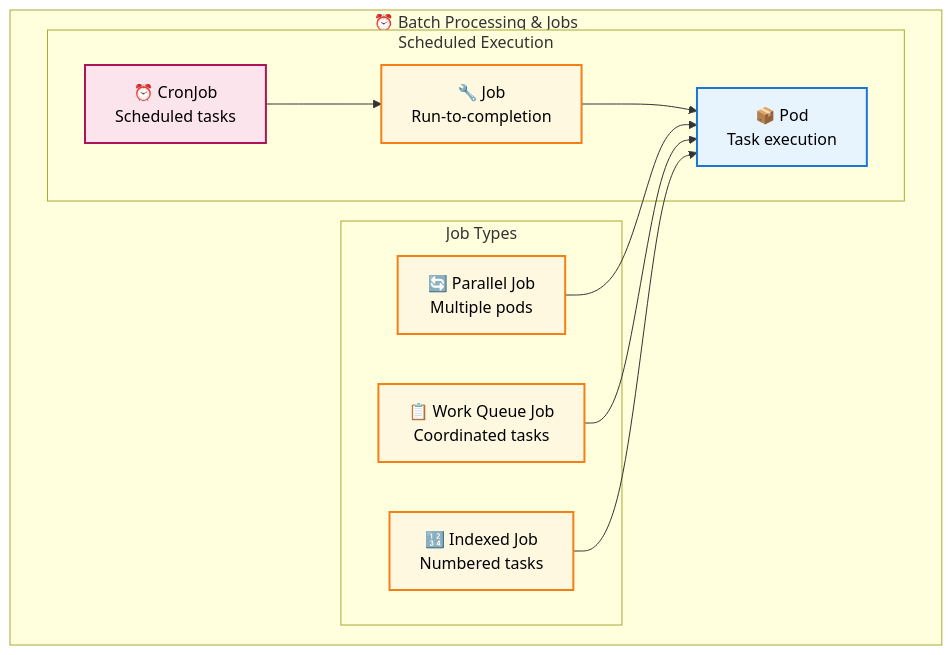
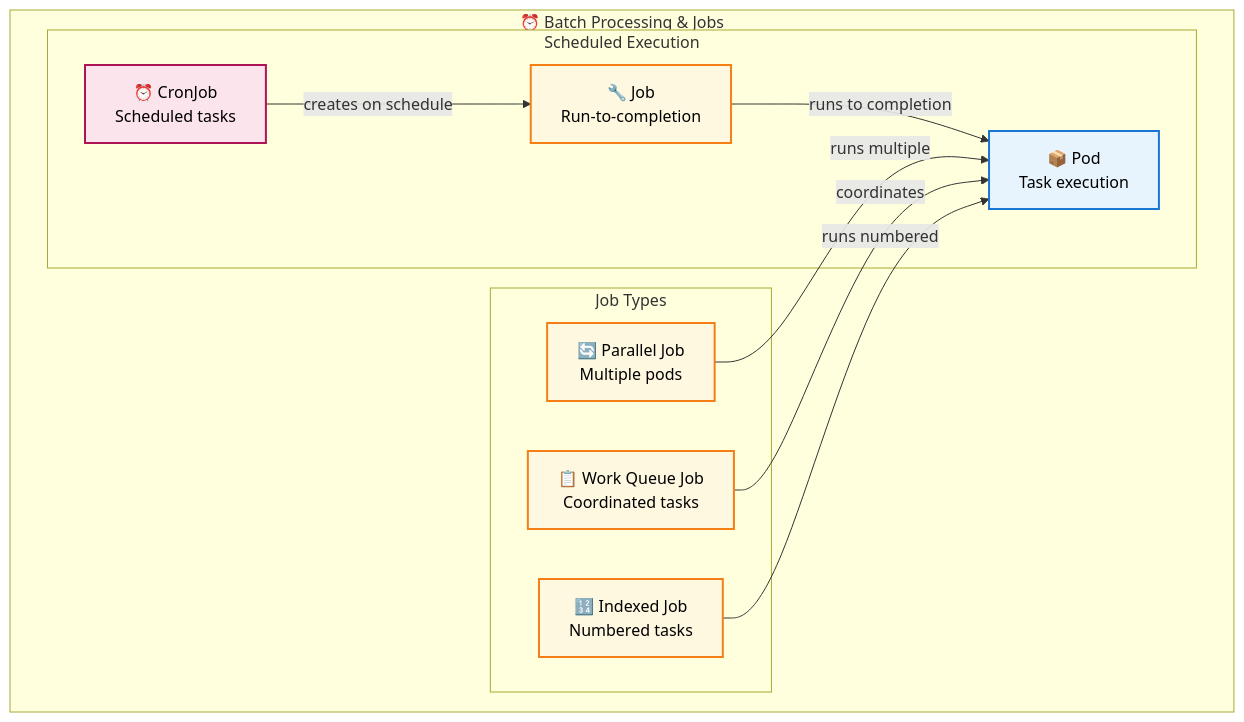
The second of 8 diagrams in 1.4_distributed_systems/kubernetes_developer_guide.md (razkevich/system_design_course), drawn with Mermaid before and after one commit. The commit also changed other lines of this file, not shown here.

````diff
--- a/1.4_distributed_systems/kubernetes_developer_guide.md
+++ b/1.4_distributed_systems/kubernetes_developer_guide.md
@@ -48,31 +48,31 @@
 ```mermaid
 flowchart TD
     subgraph "⏰ Batch Processing & Jobs"
         
         subgraph "Scheduled Execution"
             CronJob["⏰ CronJob<br/>Scheduled tasks"]
             Job["🔧 Job<br/>Run-to-completion"]
             BatchPod["📦 Pod<br/>Task execution"]
             
-            CronJob --> Job
-            Job --> BatchPod
+            CronJob -->|"creates on schedule"| Job
+            Job -->|"runs to completion"| BatchPod
         end
         
         subgraph "Job Types"
             ParallelJob["🔄 Parallel Job<br/>Multiple pods"]
             WorkQueue["📋 Work Queue Job<br/>Coordinated tasks"]
             IndexedJob["🔢 Indexed Job<br/>Numbered tasks"]
             
-            ParallelJob --> BatchPod
-            WorkQueue --> BatchPod
-            IndexedJob --> BatchPod
+            ParallelJob -->|"runs multiple"| BatchPod
+            WorkQueue -->|"coordinates"| BatchPod
+            IndexedJob -->|"runs numbered"| BatchPod
         end
     end
     
     style BatchPod fill:#e8f4fd,stroke:#1976d2,stroke-width:2px,color:#000
     style Job fill:#fff8e1,stroke:#f57f17,stroke-width:2px,color:#000
     style CronJob fill:#fce4ec,stroke:#ad1457,stroke-width:2px,color:#000
     style ParallelJob fill:#fff8e1,stroke:#f57f17,stroke-width:2px,color:#000
     style WorkQueue fill:#fff8e1,stroke:#f57f17,stroke-width:2px,color:#000
     style IndexedJob fill:#fff8e1,stroke:#f57f17,stroke-width:2px,color:#000
 ```
````
